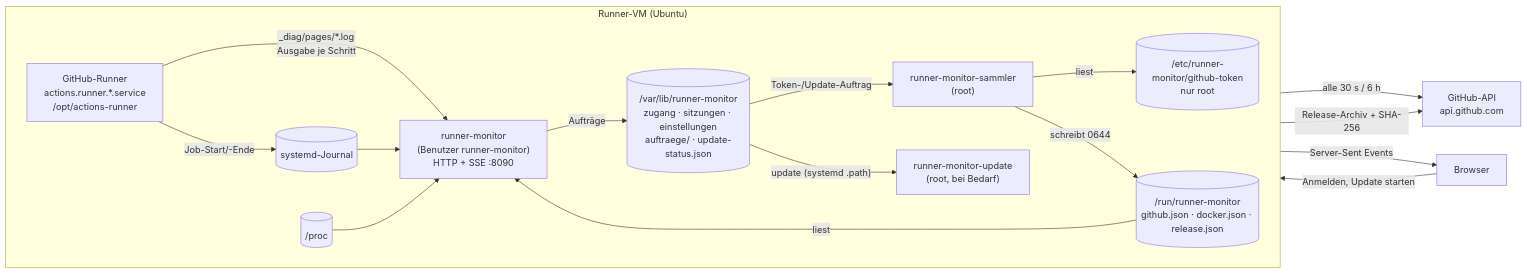
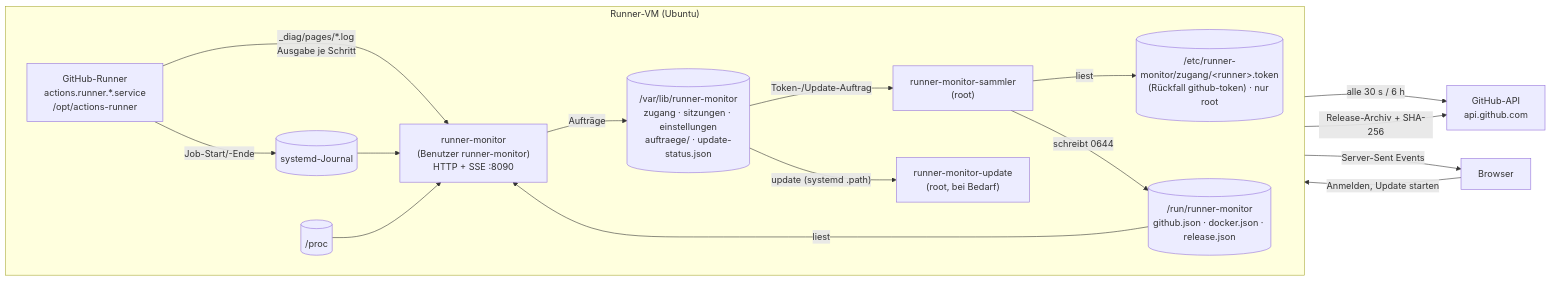
The diagram in docs/FUNKTIONSWEISE.md (Bamberger-IT-Services/Self-Hosted-Github-Runner-Monitor), drawn with Mermaid before and after one commit. The commit also changed other lines of this file and 19 other files, not shown here.

````diff
--- a/docs/FUNKTIONSWEISE.md
+++ b/docs/FUNKTIONSWEISE.md
@@ -10,31 +10,31 @@
 ```mermaid
 flowchart LR
   subgraph VM["Runner-VM (Ubuntu)"]
     direction LR
     R["GitHub-Runner<br/>actions.runner.*.service<br/>/opt/actions-runner"]
     J[("systemd-Journal")]
     P[("/proc")]
     S["runner-monitor-sammler<br/>(root)"]
     M["runner-monitor<br/>(Benutzer runner-monitor)<br/>HTTP + SSE :8090"]
     U["runner-monitor-update<br/>(root, bei Bedarf)"]
     RUN[("/run/runner-monitor<br/>github.json · docker.json · release.json")]
     VAR[("/var/lib/runner-monitor<br/>zugang · sitzungen · einstellungen<br/>auftraege/ · update-status.json")]
-    TOK[("/etc/runner-monitor/github-token<br/>nur root")]
+    TOK[("/etc/runner-monitor/zugang/&lt;runner&gt;.token<br/>(Rückfall github-token) · nur root")]
     R -- "Job-Start/-Ende" --> J
     R -- "_diag/pages/*.log<br/>Ausgabe je Schritt" --> M
     J --> M
     P --> M
     S -- "liest" --> TOK
     S -- "schreibt 0644" --> RUN
     RUN -- "liest" --> M
     M -- "Aufträge" --> VAR
     VAR -- "Token-/Update-Auftrag" --> S
     VAR -- "update (systemd .path)" --> U
   end
   GH["GitHub-API<br/>api.github.com"]
   B["Browser"]
   S -- "alle 30 s / 6 h" --> GH
   U -- "Release-Archiv + SHA-256" --> GH
   M -- "Server-Sent Events" --> B
   B -- "Anmelden, Update starten" --> M
 ```
````
